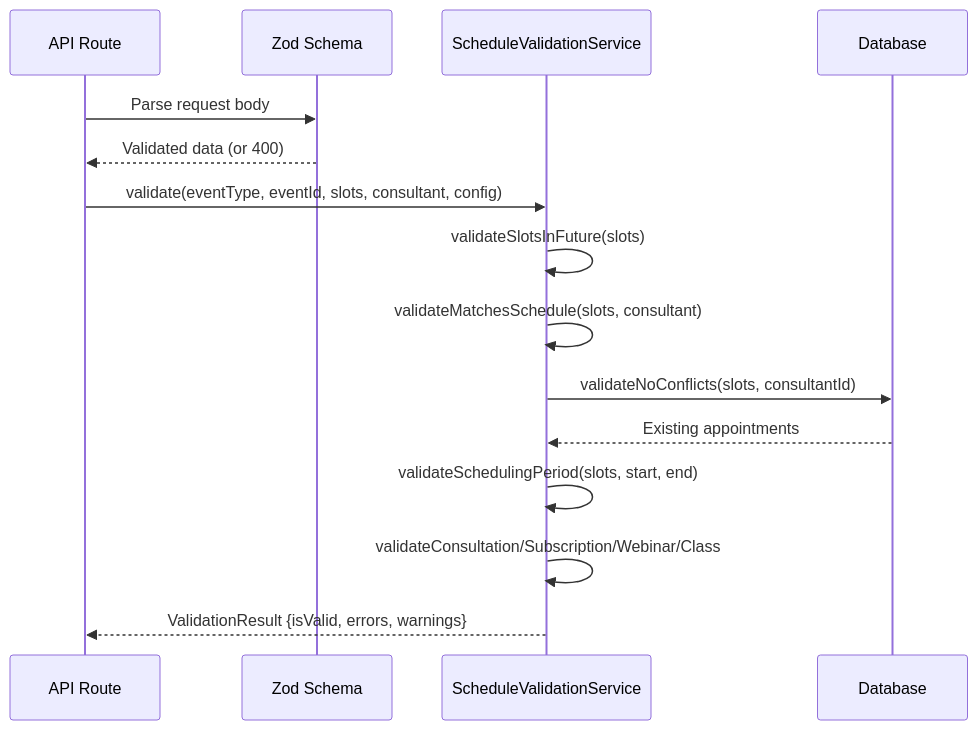
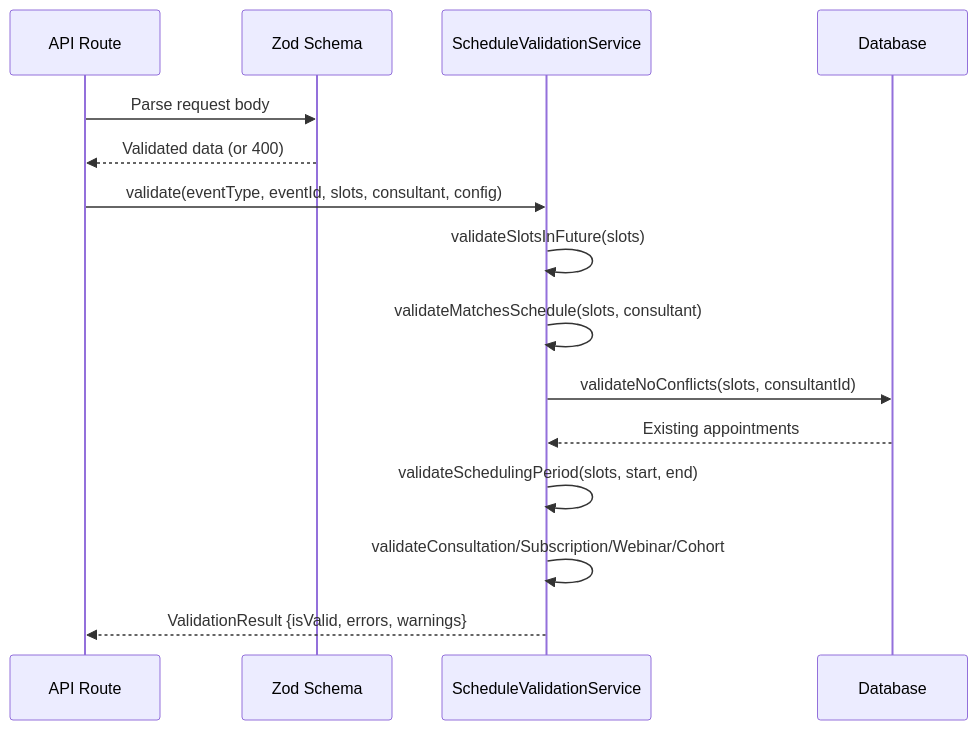
Before and after one commit to Practitionist/familiarise_web: the first of 6 diagrams in docs/booking/01-architecture.md, drawn with Mermaid. The commit also changed other lines of this file and 89 other files, not shown here.

````diff
--- a/docs/booking/01-architecture.md
+++ b/docs/booking/01-architecture.md
@@ -51,18 +51,18 @@
 ```mermaid
 sequenceDiagram
     participant API as API Route
     participant ZOD as Zod Schema
     participant VS as ScheduleValidationService
     participant DB as Database
 
     API->>ZOD: Parse request body
     ZOD-->>API: Validated data (or 400)
     API->>VS: validate(eventType, eventId, slots, consultant, config)
     VS->>VS: validateSlotsInFuture(slots)
     VS->>VS: validateMatchesSchedule(slots, consultant)
     VS->>DB: validateNoConflicts(slots, consultantId)
     DB-->>VS: Existing appointments
     VS->>VS: validateSchedulingPeriod(slots, start, end)
-    VS->>VS: validateConsultation/Subscription/Webinar/Class
+    VS->>VS: validateConsultation/Subscription/Webinar/Cohort
     VS-->>API: ValidationResult {isValid, errors, warnings}
 ```
````
